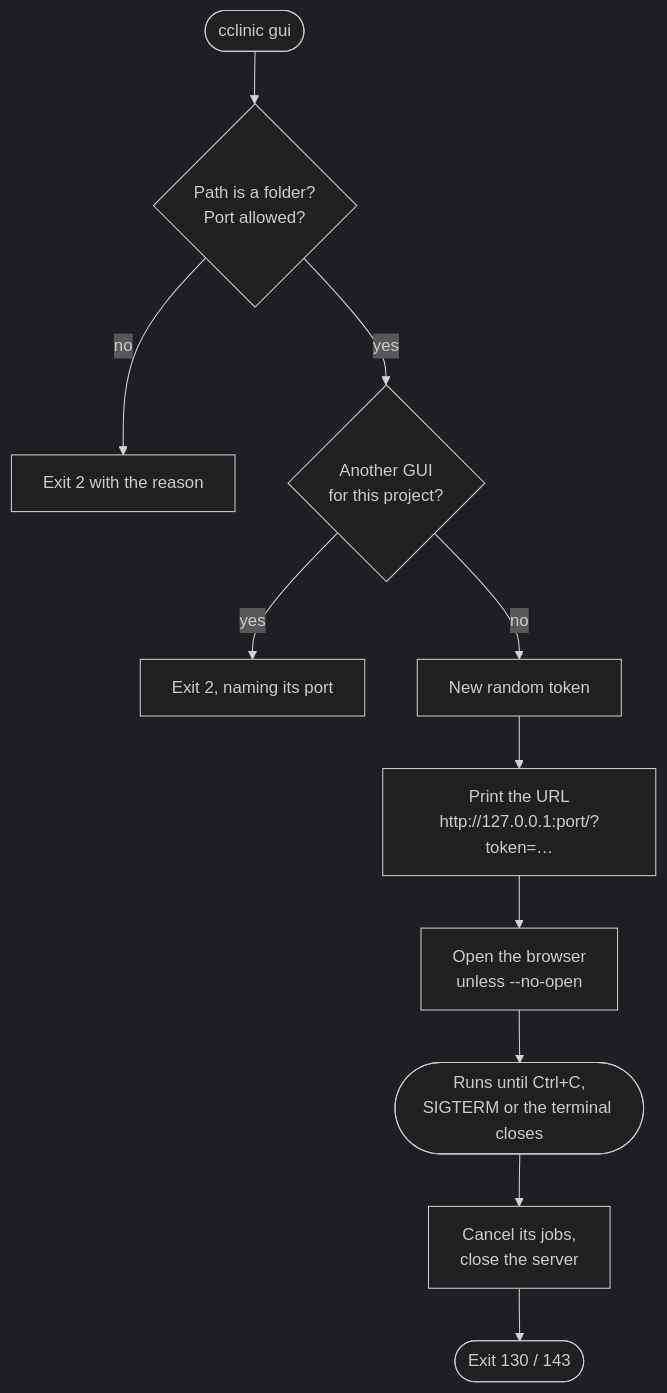
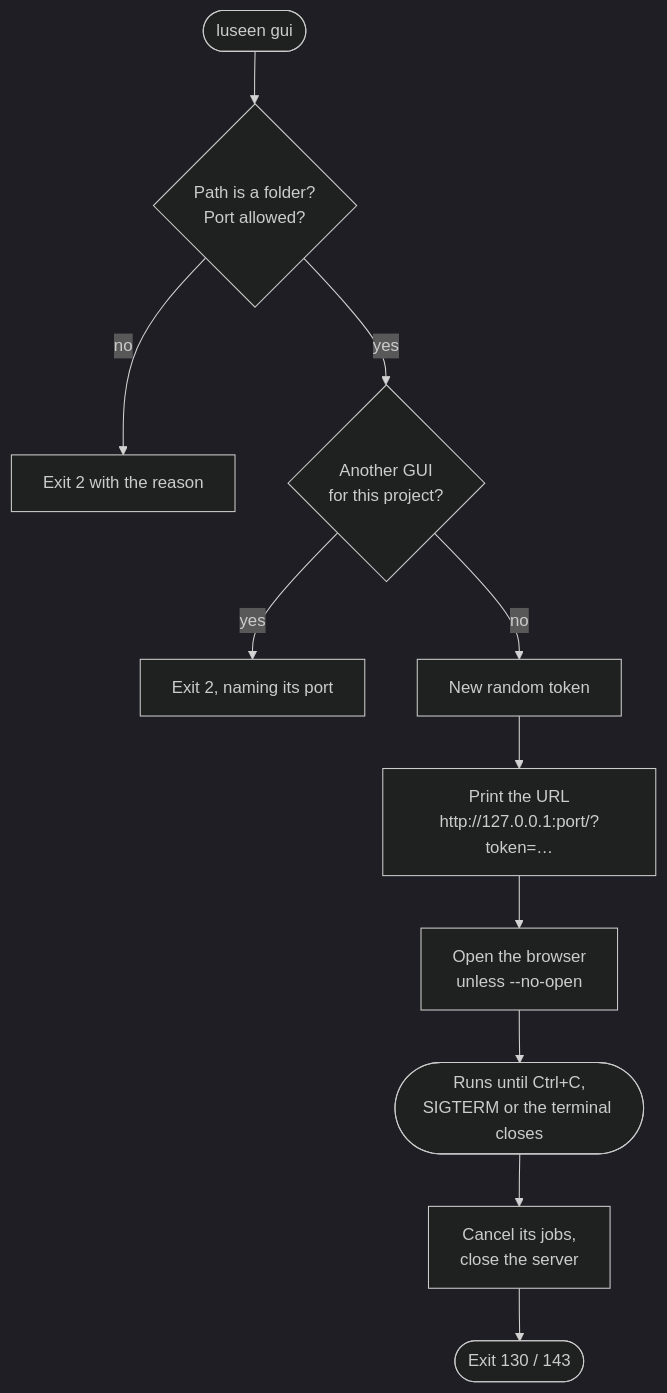
Before and after one commit to Hayko97/cclinic: the second of 8 diagrams in GUI_FLOW.md, drawn with Mermaid (dark theme). The commit also changed other lines of this file and 311 other files, not shown here.

````diff
--- a/GUI_FLOW.md
+++ b/GUI_FLOW.md
@@ -42,13 +42,13 @@
 ```mermaid
 flowchart TD
-    S([cclinic gui]) --> P{Path is a folder?<br/>Port allowed?}
+    S([luseen gui]) --> P{Path is a folder?<br/>Port allowed?}
     P -- no --> X2[Exit 2 with the reason]
     P -- yes --> L{Another GUI<br/>for this project?}
     L -- yes --> X2b[Exit 2, naming its port]
     L -- no --> K[New random token]
     K --> U[Print the URL<br/>http://127.0.0.1:port/?token=…]
     U --> O[Open the browser<br/>unless --no-open]
     O --> R([Runs until Ctrl+C,<br/>SIGTERM or the terminal closes])
     R --> E[Cancel its jobs,<br/>close the server]
     E --> X([Exit 130 / 143])
 ```
````
